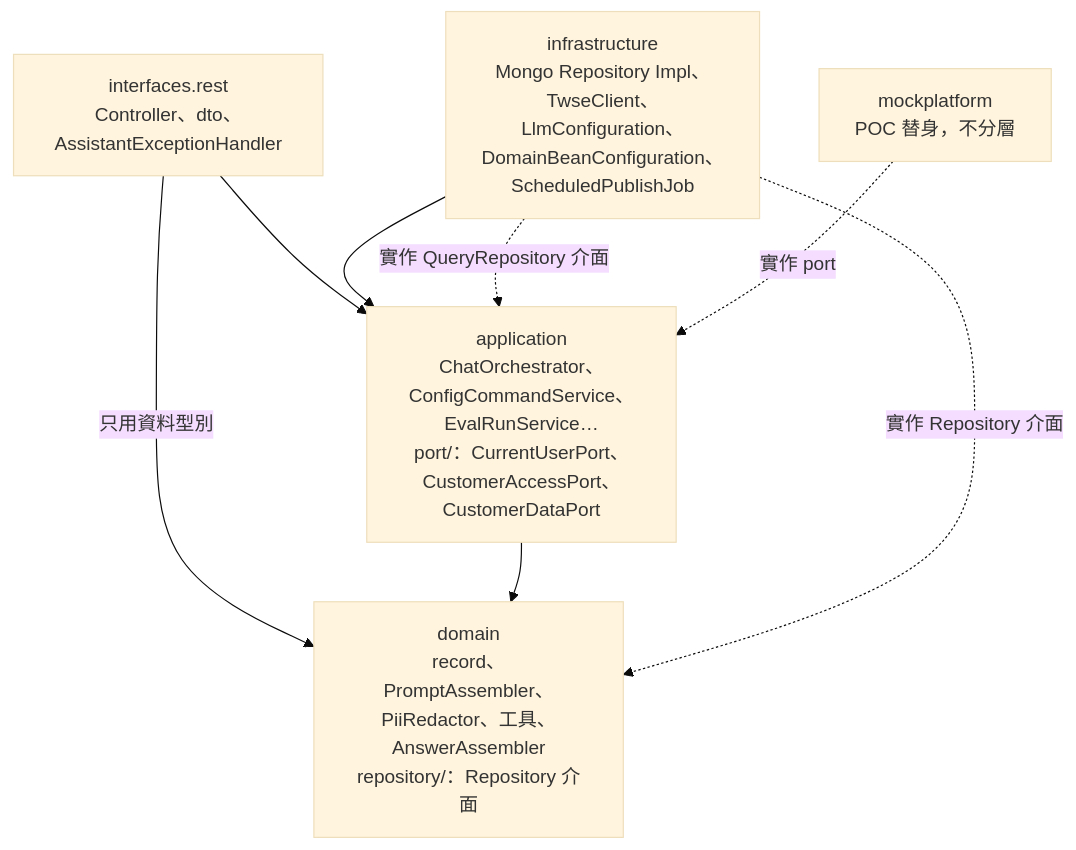
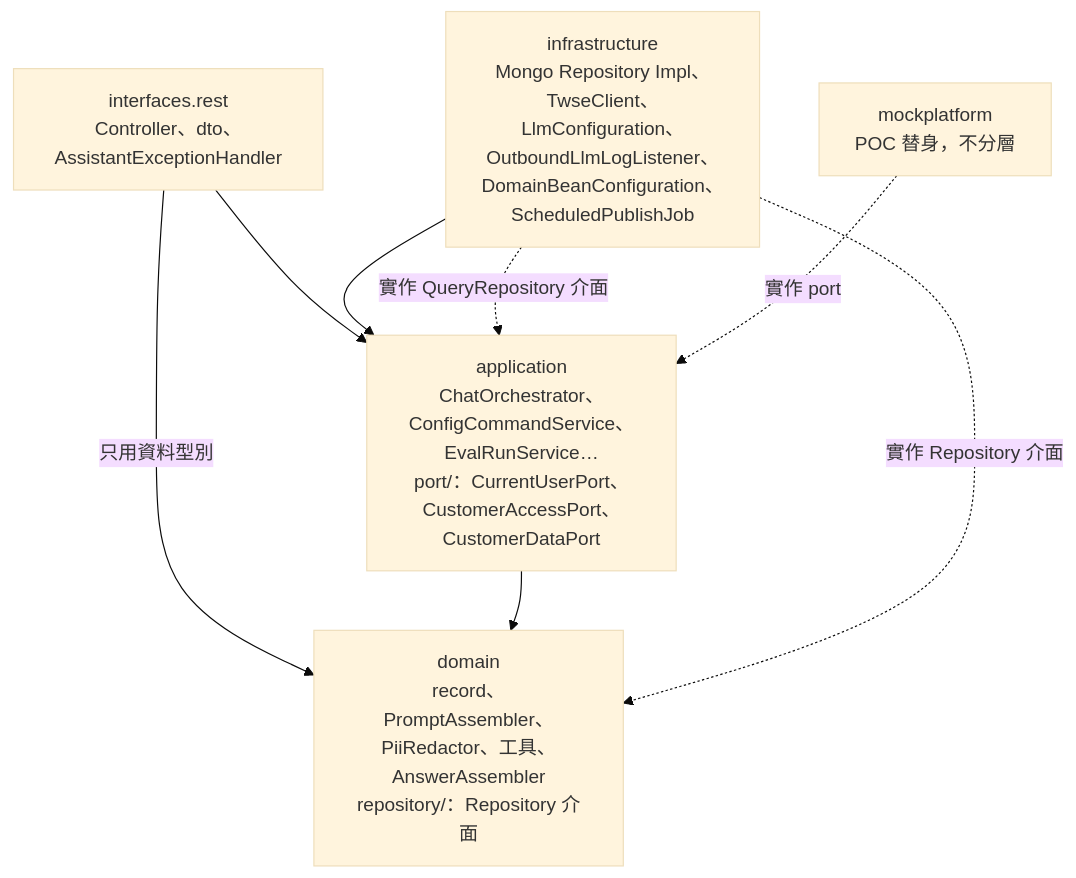
Before and after one commit to Rue1216/assistant-poc: the tenth of 11 diagrams in docs/spec/01-architecture.md, drawn with Mermaid (base theme). The commit also changed other lines of this file and 17 other files, not shown here.

````diff
--- a/docs/spec/01-architecture.md
+++ b/docs/spec/01-architecture.md
@@ -506,16 +509,16 @@
 ```mermaid
 flowchart TB
   IF["interfaces.rest<br/>Controller、dto、AssistantExceptionHandler"]
-  INF["infrastructure<br/>Mongo Repository Impl、TwseClient、LlmConfiguration、<br/>DomainBeanConfiguration、ScheduledPublishJob"]
+  INF["infrastructure<br/>Mongo Repository Impl、TwseClient、LlmConfiguration、OutboundLlmLogListener、<br/>DomainBeanConfiguration、ScheduledPublishJob"]
   APP["application<br/>ChatOrchestrator、ConfigCommandService、EvalRunService…<br/>port/：CurrentUserPort、CustomerAccessPort、CustomerDataPort"]
   DOM["domain<br/>record、PromptAssembler、PiiRedactor、工具、AnswerAssembler<br/>repository/：Repository 介面"]
   MP["mockplatform<br/>POC 替身，不分層"]
 
   IF --> APP
   INF --> APP
   IF -->|只用資料型別| DOM
   APP --> DOM
   INF -.->|實作 Repository 介面| DOM
   INF -.->|實作 QueryRepository 介面| APP
   MP -.->|實作 port| APP
 ```
````
